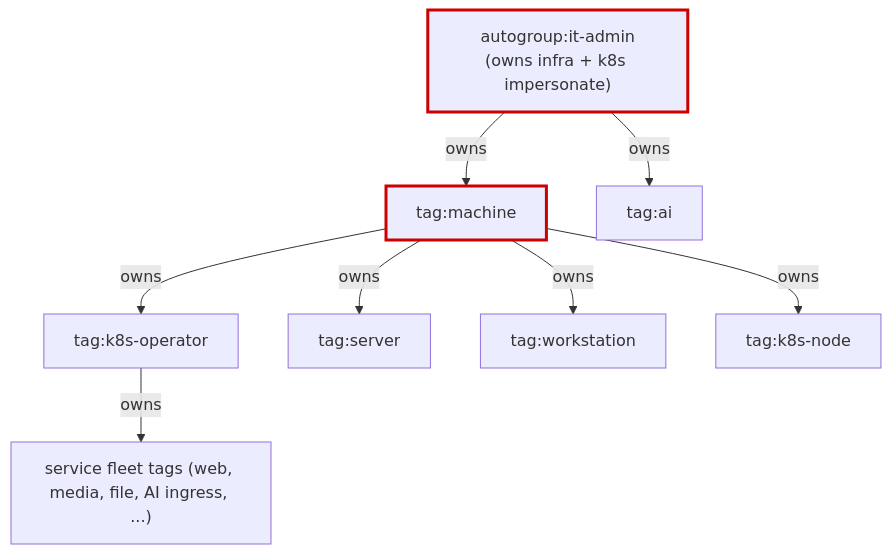
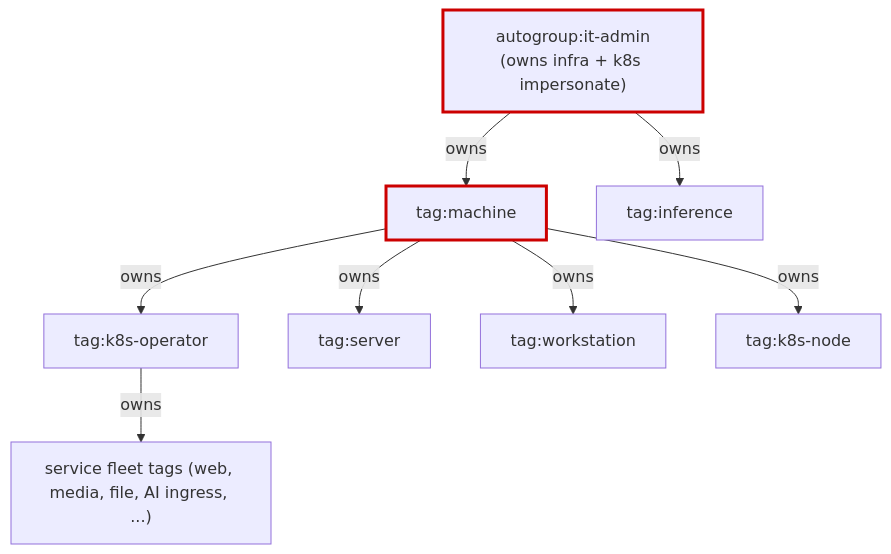
One commit to shikanime-labs/tailnet changed the first of 2 diagrams in docs/Network-Boundaries.md. Above: the diagram before and after it, drawn with Mermaid. The commit also changed other lines of this file and 1 other file, not shown here.

Commit message:
Give the inference proxy its own tag (#34)

````diff
--- a/docs/Network-Boundaries.md
+++ b/docs/Network-Boundaries.md
@@ -162,21 +163,21 @@
 ```mermaid
 graph TD
     ADMIN["autogroup:it-admin<br/>(owns infra + k8s impersonate)"]
     MACHINE["tag:machine"]
     KOP["tag:k8s-operator"]
     SERVER["tag:server"]
     WS["tag:workstation"]
     KNODE["tag:k8s-node"]
     SUB["service fleet tags (web, media, file, AI ingress, ...)"]
 
     ADMIN -->|owns| MACHINE
-    ADMIN -->|owns| AI["tag:ai"]
+    ADMIN -->|owns| AI["tag:inference"]
     MACHINE -->|owns| SERVER
     MACHINE -->|owns| WS
     MACHINE -->|owns| KNODE
     MACHINE -->|owns| KOP
     KOP -->|owns| SUB
 
     classDef root stroke:#c00,stroke-width:3px;
     class ADMIN,MACHINE root;
 ```
````
